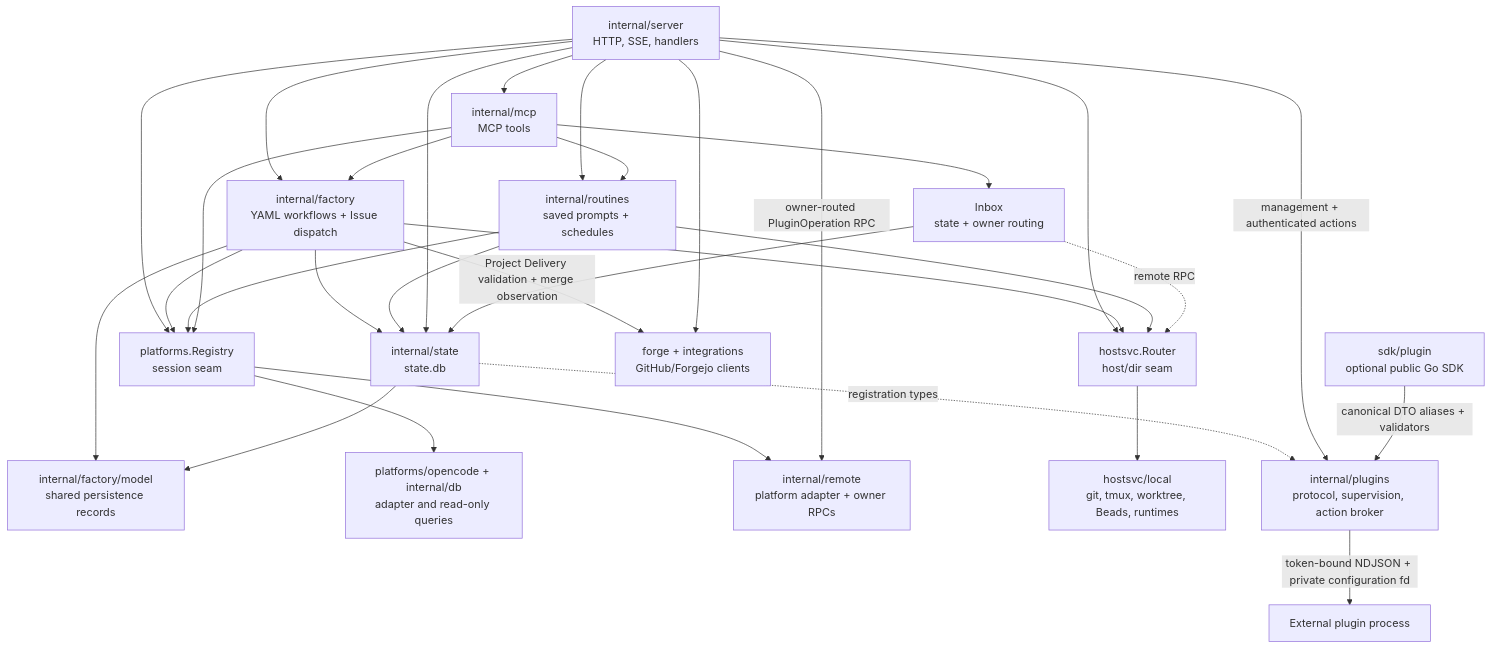
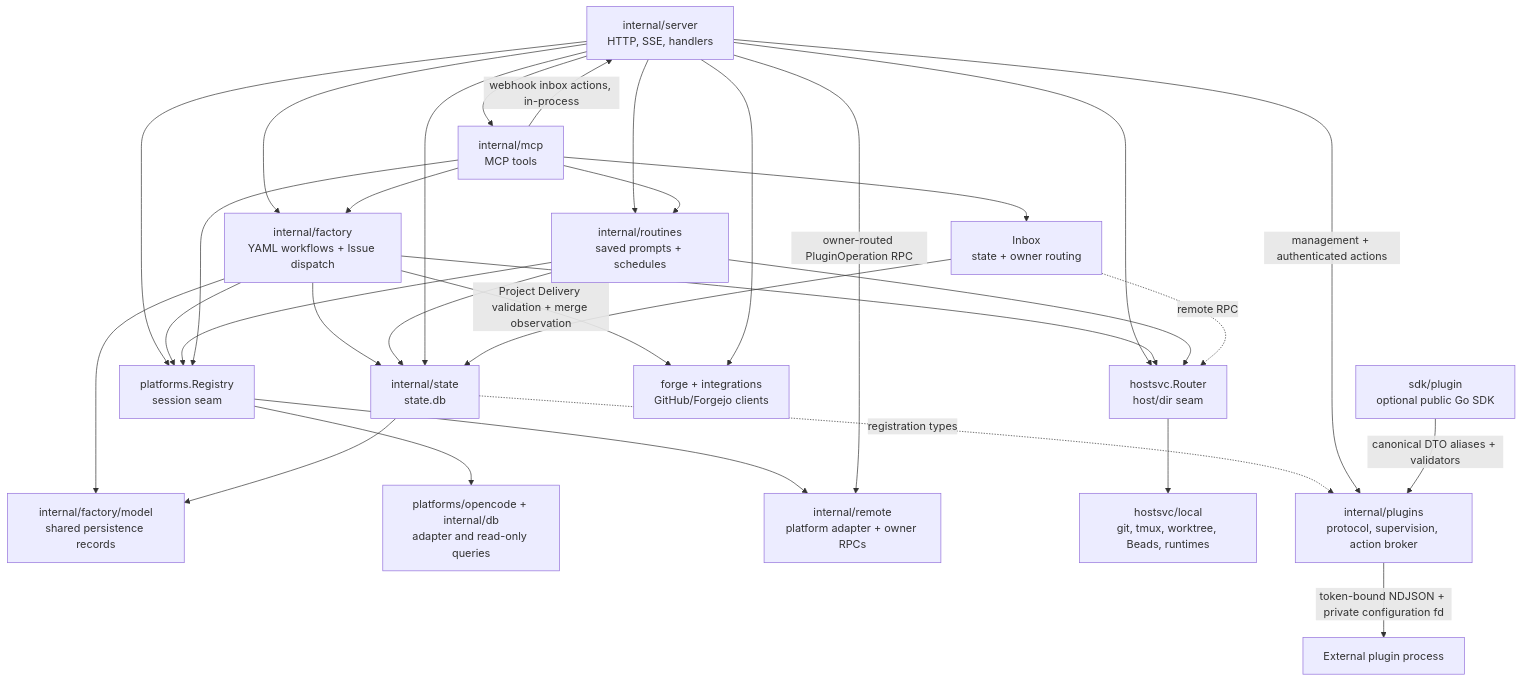
Before and after one commit to ocman/ocman: the third of 5 diagrams in docs/other/architecture.md, drawn with Mermaid. The commit also changed other lines of this file and 9 other files, not shown here.

Commit message:
feat(mcp): manage webhook inboxes and routine subscriptions

````diff
--- a/docs/other/architecture.md
+++ b/docs/other/architecture.md
@@ -114,33 +114,34 @@
 ```mermaid
 flowchart TD
     Server[internal/server<br/>HTTP, SSE, handlers] --> Registry[platforms.Registry<br/>session seam]
     Server --> Router[hostsvc.Router<br/>host/dir seam]
     Server --> Routines[internal/routines<br/>saved prompts + schedules]
     Server --> Factory[internal/factory<br/>YAML workflows + Issue dispatch]
     Factory --> FactoryModel[internal/factory/model<br/>shared persistence records]
     Factory --> State
     State --> FactoryModel
     Factory --> Registry
     Factory --> Router
     Factory -->|Project Delivery validation + merge observation| Forge
     Routines --> Registry
     Routines --> Router
     Routines --> State
     Server --> MCP[internal/mcp<br/>MCP tools]
     MCP --> Factory
     MCP --> Inbox[Inbox<br/>state + owner routing]
     MCP --> Routines
+    MCP -->|webhook inbox actions, in-process| Server
     MCP --> Registry
     Registry --> OC[platforms/opencode + internal/db<br/>adapter and read-only queries]
     Registry --> RP[internal/remote<br/>platform adapter + owner RPCs]
     Router --> Local[hostsvc/local<br/>git, tmux, worktree, Beads, runtimes]
     Server --> State[internal/state<br/>state.db]
     Inbox --> State
     Inbox -.->|remote RPC| Router
     Server --> Forge[forge + integrations<br/>GitHub/Forgejo clients]
     State -.->|registration types| Plugins[internal/plugins<br/>protocol, supervision, action broker]
     Server -->|management + authenticated actions| Plugins
     Plugins -->|token-bound NDJSON + private configuration fd| PluginExec[External plugin process]
     Server -->|owner-routed PluginOperation RPC| RP
     PluginSDK[sdk/plugin<br/>optional public Go SDK] -->|canonical DTO aliases + validators| Plugins
 ```
````
